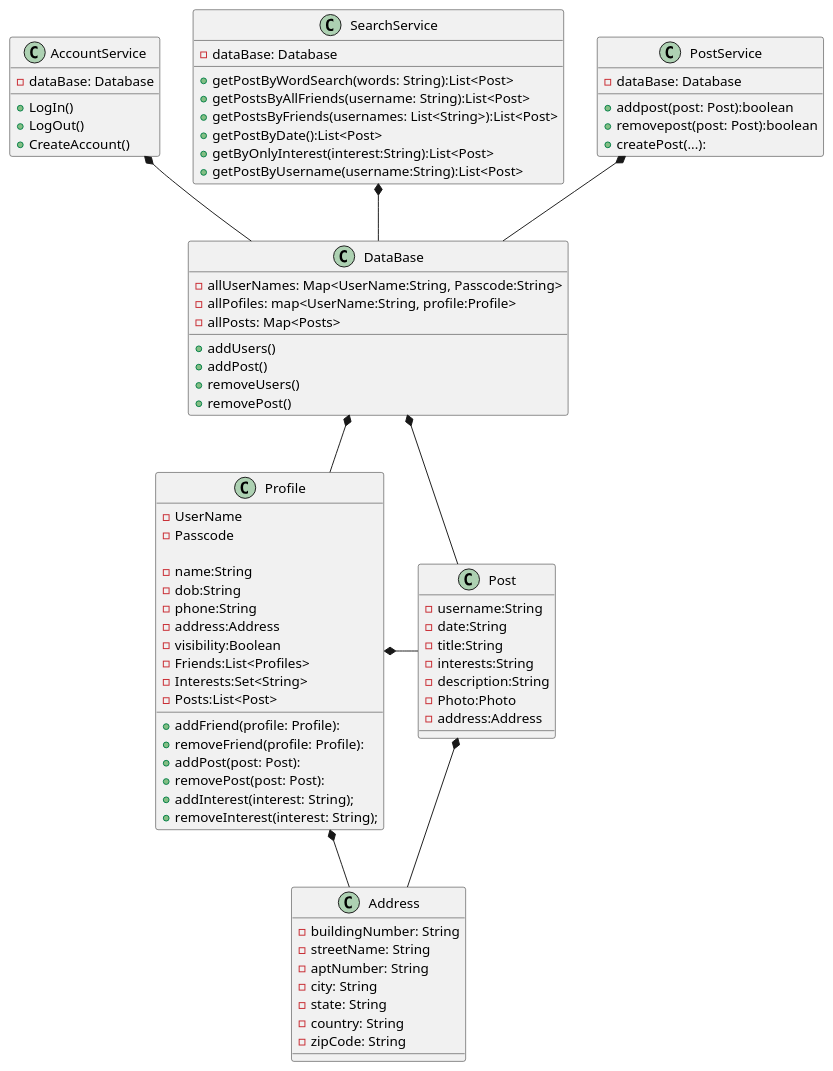
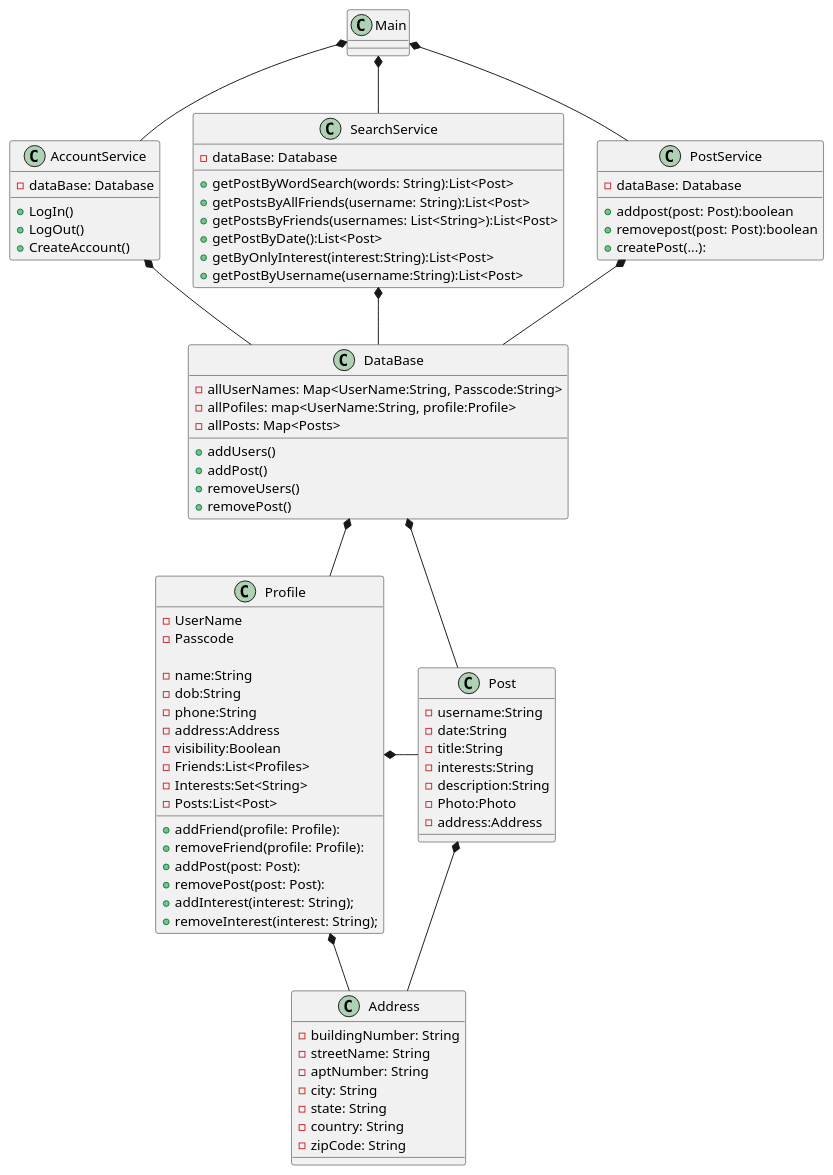
The diagram in src/main/resources/InterestServiceClassDiagram.puml (Fabdulla1/HobbyTree), drawn with PlantUML before and after one commit.

Commit message:
updated uml diagram

```diff
--- a/src/main/resources/InterestServiceClassDiagram.puml
+++ b/src/main/resources/InterestServiceClassDiagram.puml
@@ -1,96 +1,100 @@
 @startuml
 'https://plantuml.com/class-diagram
 
 class DataBase {
     -allUserNames: Map<UserName:String, Passcode:String>
     -allPofiles: map<UserName:String, profile:Profile>
     -allPosts: Map<Posts>
 
     + addUsers()
     + addPost()
     + removeUsers()
     + removePost()
 }
 
 class Profile {
     - UserName
     - Passcode
 
     - name:String
     - dob:String
     - phone:String
     - address:Address
     - visibility:Boolean
     - Friends:List<Profiles>
     - Interests:Set<String>
     - Posts:List<Post>
 
     + addFriend(profile: Profile):
     + removeFriend(profile: Profile):
     + addPost(post: Post):
     + removePost(post: Post):
     + addInterest(interest: String);
     + removeInterest(interest: String);
 
 }
 
 class Post {
     - username:String
     - date:String
     - title:String
     - interests:String
     - description:String
     - Photo:Photo
     - address:Address
 }
 
 class Address {
     - buildingNumber: String
     - streetName: String
     - aptNumber: String
     - city: String
     - state: String
     - country: String
     - zipCode: String
 }
 
 class AccountService {
     - dataBase: Database
 
     + LogIn()
     + LogOut()
     + CreateAccount()
 }
 
 class SearchService {
     - dataBase: Database
 
     + getPostByWordSearch(words: String):List<Post>
     + getPostsByAllFriends(username: String):List<Post>
     + getPostsByFriends(usernames: List<String>):List<Post>
     + getPostByDate():List<Post>
     + getByOnlyInterest(interest:String):List<Post>
     + getPostByUsername(username:String):List<Post>
 }
 
 class PostService{
     - dataBase: Database
 
     + addpost(post: Post):boolean
     + removepost(post: Post):boolean
     + createPost(...):
 }
 
+Main *-- AccountService
+Main *-- SearchService
+Main *-- PostService
+
 AccountService *-- DataBase
 SearchService *-- DataBase
 PostService *-- DataBase
 
 DataBase *-- Profile
 DataBase *-- Post
 
 Profile *- Post
 Profile *-- Address
 
 Post *- Address
 
 @enduml
```
